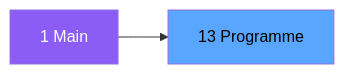
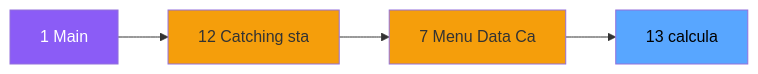
One commit to thonyAGP/magic-migration changed the second of 3 diagrams in .openspec/specs/ADH-IDE-13.md. Above: the diagram before and after it, drawn with Mermaid. The commit also changed other lines of this file and 323 other files, not shown here.

````diff
--- a/.openspec/specs/ADH-IDE-13.md
+++ b/.openspec/specs/ADH-IDE-13.md
@@ -98,8 +111,14 @@
 ```mermaid
 graph LR
     M[1 Main]
-    T[13 Programme]
-    M --> T
+    N12[12 Catching sta]
+    N7[7 Menu Data Ca]
+    T[13      calcula]
+    M --> N12
+    N12 --> N7
+    N7 --> T
     style M fill:#8b5cf6,color:#fff
+    style N12 fill:#f59e0b
+    style N7 fill:#f59e0b
     style T fill:#58a6ff,color:#000
 ```
````
